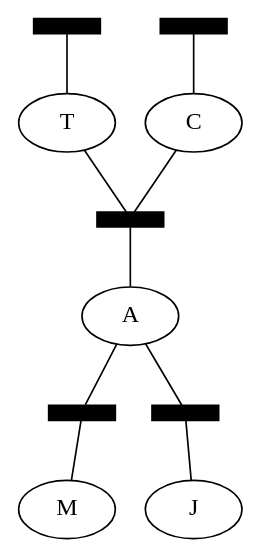
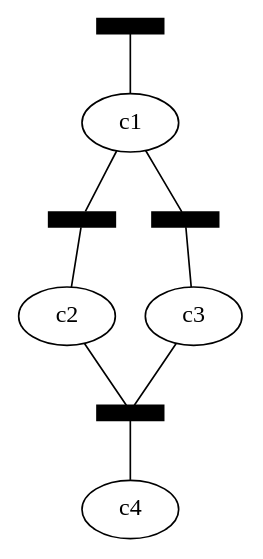
The diagram in TP1/python/output/factorGraph.gv (PolyMtl/INF8225-1), drawn with Graphviz before and after one commit. The commit also changed 6 other files, not shown here.

```diff
--- a/TP1/python/output/factorGraph.gv
+++ b/TP1/python/output/factorGraph.gv
@@ -1,25 +1,22 @@
 // Factor Graph
 digraph {
 	graph [rotation=0]
 	node [fontsize=14.4 penwidth=1]
 	edge [arrowhead=none penwidth=1]
-		C [label=C height=0.48 style=solid width=0.8]
-		T [label=T height=0.48 style=solid width=0.8]
-		A [label=A height=0.48 style=solid width=0.8]
-		M [label=M height=0.48 style=solid width=0.8]
-		J [label=J height=0.48 style=solid width=0.8]
-		"f(C)" [label="" color=black fixedsize=true height=0.12 shape=rect style=filled width=0.5599999999999999]
-		"f(T)" [label="" color=black fixedsize=true height=0.12 shape=rect style=filled width=0.5599999999999999]
-		"f(C,T,A)" [label="" color=black fixedsize=true height=0.12 shape=rect style=filled width=0.5599999999999999]
-		"f(A,M)" [label="" color=black fixedsize=true height=0.12 shape=rect style=filled width=0.5599999999999999]
-		"f(A,J)" [label="" color=black fixedsize=true height=0.12 shape=rect style=filled width=0.5599999999999999]
-			"f(C)" -> C
-			"f(T)" -> T
-			T -> "f(C,T,A)"
-			C -> "f(C,T,A)"
-			"f(C,T,A)" -> A
-			A -> "f(A,M)"
-			A -> "f(A,J)"
-			"f(A,M)" -> M
-			"f(A,J)" -> J
+		c1 [label=c1 height=0.48 style=solid width=0.8]
+		c2 [label=c2 height=0.48 style=solid width=0.8]
+		c3 [label=c3 height=0.48 style=solid width=0.8]
+		c4 [label=c4 height=0.48 style=solid width=0.8]
+		"f(c1)" [label="" color=black fixedsize=true height=0.12 shape=rect style=filled width=0.5599999999999999]
+		"f(c1,c2)" [label="" color=black fixedsize=true height=0.12 shape=rect style=filled width=0.5599999999999999]
+		"f(c1,c3)" [label="" color=black fixedsize=true height=0.12 shape=rect style=filled width=0.5599999999999999]
+		"f(c2,c3,c4)" [label="" color=black fixedsize=true height=0.12 shape=rect style=filled width=0.5599999999999999]
+			"f(c1)" -> c1
+			c1 -> "f(c1,c2)"
+			c1 -> "f(c1,c3)"
+			"f(c1,c3)" -> c3
+			"f(c1,c2)" -> c2
+			c2 -> "f(c2,c3,c4)"
+			c3 -> "f(c2,c3,c4)"
+			"f(c2,c3,c4)" -> c4
 }
```
